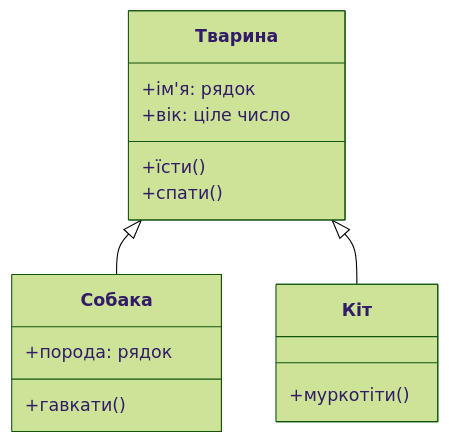
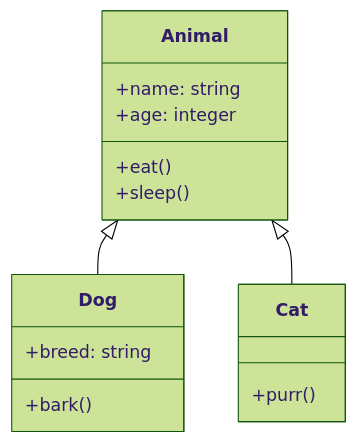
One commit to Andrupavlov/GHDoc-temp changed the third of 8 diagrams in Help/Mermaid.md. Above: the diagram before and after it, drawn with Mermaid (forest theme). The commit also changed other lines of this file, not shown here.

````diff
--- a/Help/Mermaid.md
+++ b/Help/Mermaid.md
@@ -75,18 +75,18 @@
 ```mermaid
 classDiagram
-    class Тварина {
-        +ім'я: рядок
-        +вік: ціле число
-        +їсти()
-        +спати()
+    class Animal {
+        +name: string
+        +age: integer
+        +eat()
+        +sleep()
     }
-    class Собака {
-        +порода: рядок
-        +гавкати()
+    class Dog {
+        +breed: string
+        +bark()
     }
-    class Кіт {
-        +муркотіти()
+    class Cat {
+        +purr()
     }
-    Тварина <|-- Собака
-    Тварина <|-- Кіт
+    Animal <|-- Dog
+    Animal <|-- Cat
 ```
````
